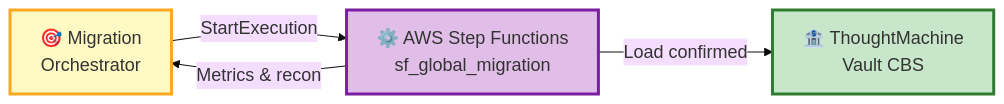
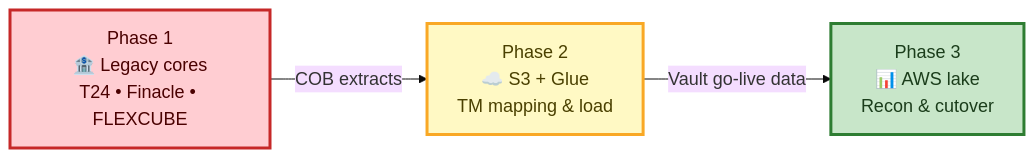
The first of 4 diagrams in README.md (willtran112358/gft-cloud-data-migration-framework), drawn with Mermaid before and after one commit. The commit also changed other lines of this file and 2 other files, not shown here.

Commit message:
Restore APAC-centric architecture, remove zip and sequence diagram

````diff
--- a/README.md
+++ b/README.md
@@ -33,15 +36,14 @@
 ```mermaid
 %%{init: {'theme': 'base', 'themeVariables': {'fontSize': '18px'}}}%%
 flowchart LR
-    ORCH["🎯 Migration<br/>Orchestrator"]
-    SF["⚙️ AWS Step Functions<br/>sf_global_migration"]
-    TM["🏦 ThoughtMachine<br/>Vault CBS"]
+    P1["Phase 1<br/>🏦 Legacy cores<br/>T24 • Finacle • FLEXCUBE"]
+    P2["Phase 2<br/>☁️ S3 + Glue<br/>TM mapping & load"]
+    P3["Phase 3<br/>📊 AWS lake<br/>Recon & cutover"]
 
-    ORCH -->|"StartExecution"| SF
-    SF -->|"Load confirmed"| TM
-    SF -->|"Metrics & recon"| ORCH
+    P1 -->|"COB extracts"| P2
+    P2 -->|"Vault go-live data"| P3
 
-    style ORCH fill:#FFF9C4,stroke:#F9A825,stroke-width:3px
-    style SF fill:#E1BEE7,stroke:#7B1FA2,stroke-width:3px
-    style TM fill:#C8E6C9,stroke:#2E7D32,stroke-width:3px
+    style P1 fill:#FFCDD2,stroke:#C62828,stroke-width:3px,color:#4a0000
+    style P2 fill:#FFF9C4,stroke:#F9A825,stroke-width:3px,color:#4a4000
+    style P3 fill:#C8E6C9,stroke:#2E7D32,stroke-width:3px,color:#1b3d1b
 ```
````
